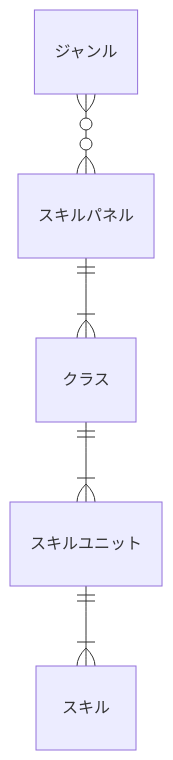
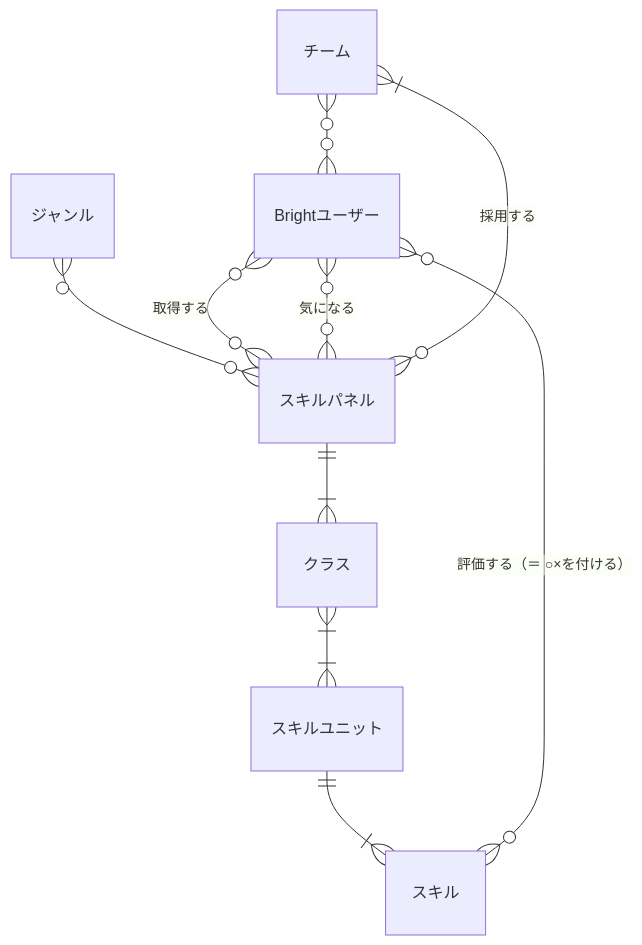
The diagram in docs/conceptual_schemas/skills.md (bright-org/bright), drawn with Mermaid before and after one commit. The commit also changed other lines of this file, not shown here.

Commit message:
docs: revise conceptual schema for skills

````diff
--- a/docs/conceptual_schemas/skills.md
+++ b/docs/conceptual_schemas/skills.md
@@ -7,7 +19,12 @@
 ```mermaid
 erDiagram
   "スキルパネル" ||--|{ "クラス" : ""
-  "クラス" ||--|{ "スキルユニット" : ""
+  "クラス" }|--|{ "スキルユニット" : ""
   "スキルユニット" ||--|{ "スキル" : ""
   "ジャンル" }o--o{ "スキルパネル" : ""
+  "Brightユーザー" }o--o{ "スキルパネル" : "取得する"
+  "Brightユーザー" }o--o{ "スキルパネル" : "気になる"
+  "Brightユーザー" }o--o{ "スキル" : "評価する（＝ ○×を付ける）"
+  "チーム" }o--o{ "Brightユーザー" : ""
+  "チーム" }|--o{ "スキルパネル" : "採用する"
 ```
````
